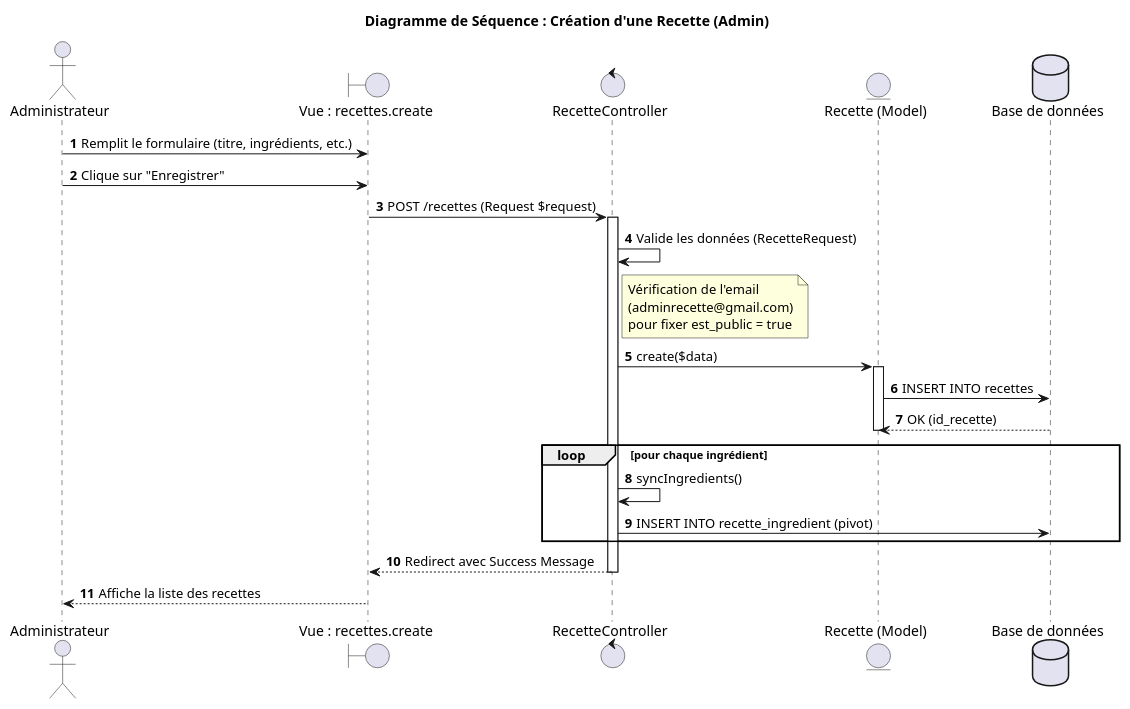
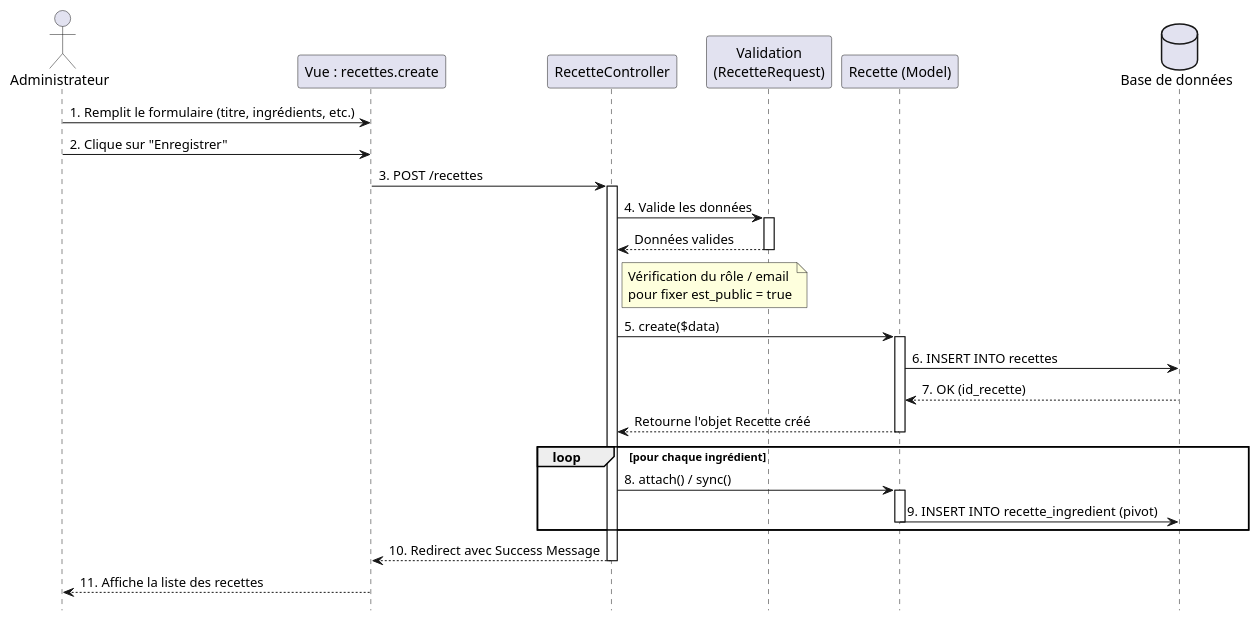
Before and after one commit to LThuillier/Livre_de_recettes: the diagram in sequence.puml, drawn with PlantUML. The commit also changed 5 other files, not shown here.

```diff
--- a/sequence.puml
+++ b/sequence.puml
@@ -1,39 +1,47 @@
 @startuml
-title Diagramme de Séquence : Création d'une Recette (Admin)
-autonumber
+hide footbox
+skinparam monochrome false
+skinparam shadowing false
 
 actor "Administrateur" as Admin
-boundary "Vue : recettes.create" as Vue
-control "RecetteController" as Ctrl
-entity "Recette (Model)" as Model
+participant "Vue : recettes.create" as Vue
+participant "RecetteController" as Controller
+participant "Validation\n(RecetteRequest)" as Validator
+participant "Recette (Model)" as Model
 database "Base de données" as BDD
 
-Admin -> Vue : Remplit le formulaire (titre, ingrédients, etc.)
-Admin -> Vue : Clique sur "Enregistrer"
-Vue -> Ctrl : POST /recettes (Request $request)
+Admin -> Vue : 1. Remplit le formulaire (titre, ingrédients, etc.)
+Admin -> Vue : 2. Clique sur "Enregistrer"
 
-activate Ctrl
-Ctrl -> Ctrl : Valide les données (RecetteRequest)
+Vue -> Controller : 3. POST /recettes
+activate Controller
 
-note right of Ctrl
-  Vérification de l'email
-  (adminrecette@gmail.com)
+Controller -> Validator : 4. Valide les données
+activate Validator
+Validator --> Controller : Données valides
+deactivate Validator
+
+note right of Controller
+  Vérification du rôle / email
   pour fixer est_public = true
 end note
 
-Ctrl -> Model : create($data)
+Controller -> Model : 5. create($data)
 activate Model
-Model -> BDD : INSERT INTO recettes
-BDD --> Model : OK (id_recette)
+Model -> BDD : 6. INSERT INTO recettes
+BDD --> Model : 7. OK (id_recette)
+Model --> Controller : Retourne l'objet Recette créé
 deactivate Model
 
-loop pour chaque ingrédient
-    Ctrl -> Ctrl : syncIngredients()
-    Ctrl -> BDD : INSERT INTO recette_ingredient (pivot)
+group loop [pour chaque ingrédient]
+    Controller -> Model : 8. attach() / sync()
+    activate Model
+    Model -> BDD : 9. INSERT INTO recette_ingredient (pivot)
+    deactivate Model
 end
 
-Ctrl --> Vue : Redirect avec Success Message
-deactivate Ctrl
+Controller --> Vue : 10. Redirect avec Success Message
+deactivate Controller
 
-Vue --> Admin : Affiche la liste des recettes
+Vue --> Admin : 11. Affiche la liste des recettes
 @enduml
```
